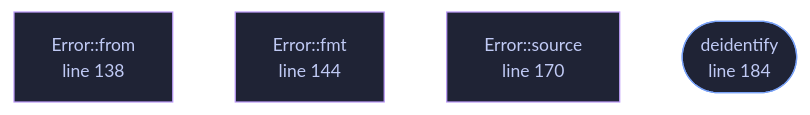
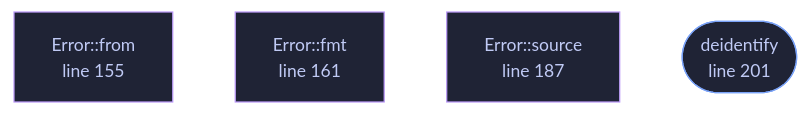
The diagram in docs/files/veilvoice-audio/lib.md (tilas01/veilvoice), drawn with Mermaid before and after one commit. The commit also changed other lines of this file and 61 other files, not shown here.

First line of the commit message:
Roadmap 162: a build without live audio says so before anything is pressed

````diff
--- a/docs/files/veilvoice-audio/lib.md
+++ b/docs/files/veilvoice-audio/lib.md
@@ -94,18 +94,18 @@
 ```mermaid
 %%{init: {"theme":"base","themeVariables":{"background":"#1a1b26","primaryColor":"#1f2335","primaryTextColor":"#c0caf5","primaryBorderColor":"#7aa2f7","secondaryColor":"#16161e","tertiaryColor":"#16161e","lineColor":"#737aa2","textColor":"#c0caf5","mainBkg":"#1f2335","nodeBorder":"#7aa2f7","clusterBkg":"#16161e","clusterBorder":"#2f3549","fontFamily":"ui-monospace, SFMono-Regular, Consolas, monospace","fontSize":"14px"}}}%%
 flowchart TD
-    n_from["Error::from<br/>line 132"]
-    n_from["Error::from<br/>line 138"]
-    n_fmt["Error::fmt<br/>line 144"]
-    n_source["Error::source<br/>line 170"]
-    n_deidentify(["deidentify<br/>line 184"])
-    click n_from href "https://github.com/tilas01/veilvoice/blob/main/crates/veilvoice-audio/src/lib.rs#L132" "open the source"
-    click n_from href "https://github.com/tilas01/veilvoice/blob/main/crates/veilvoice-audio/src/lib.rs#L138" "open the source"
-    click n_fmt href "https://github.com/tilas01/veilvoice/blob/main/crates/veilvoice-audio/src/lib.rs#L144" "open the source"
-    click n_source href "https://github.com/tilas01/veilvoice/blob/main/crates/veilvoice-audio/src/lib.rs#L170" "open the source"
-    click n_deidentify href "https://github.com/tilas01/veilvoice/blob/main/crates/veilvoice-audio/src/lib.rs#L184" "open the source"
+    n_from["Error::from<br/>line 149"]
+    n_from["Error::from<br/>line 155"]
+    n_fmt["Error::fmt<br/>line 161"]
+    n_source["Error::source<br/>line 187"]
+    n_deidentify(["deidentify<br/>line 201"])
+    click n_from href "https://github.com/tilas01/veilvoice/blob/main/crates/veilvoice-audio/src/lib.rs#L149" "open the source"
+    click n_from href "https://github.com/tilas01/veilvoice/blob/main/crates/veilvoice-audio/src/lib.rs#L155" "open the source"
+    click n_fmt href "https://github.com/tilas01/veilvoice/blob/main/crates/veilvoice-audio/src/lib.rs#L161" "open the source"
+    click n_source href "https://github.com/tilas01/veilvoice/blob/main/crates/veilvoice-audio/src/lib.rs#L187" "open the source"
+    click n_deidentify href "https://github.com/tilas01/veilvoice/blob/main/crates/veilvoice-audio/src/lib.rs#L201" "open the source"
     classDef entry fill:#1f2335,stroke:#7aa2f7,color:#c0caf5
     class n_deidentify entry
     classDef helper fill:#1f2335,stroke:#bb9af7,color:#c0caf5
     class n_from,n_from,n_fmt,n_source helper
 ```
````
